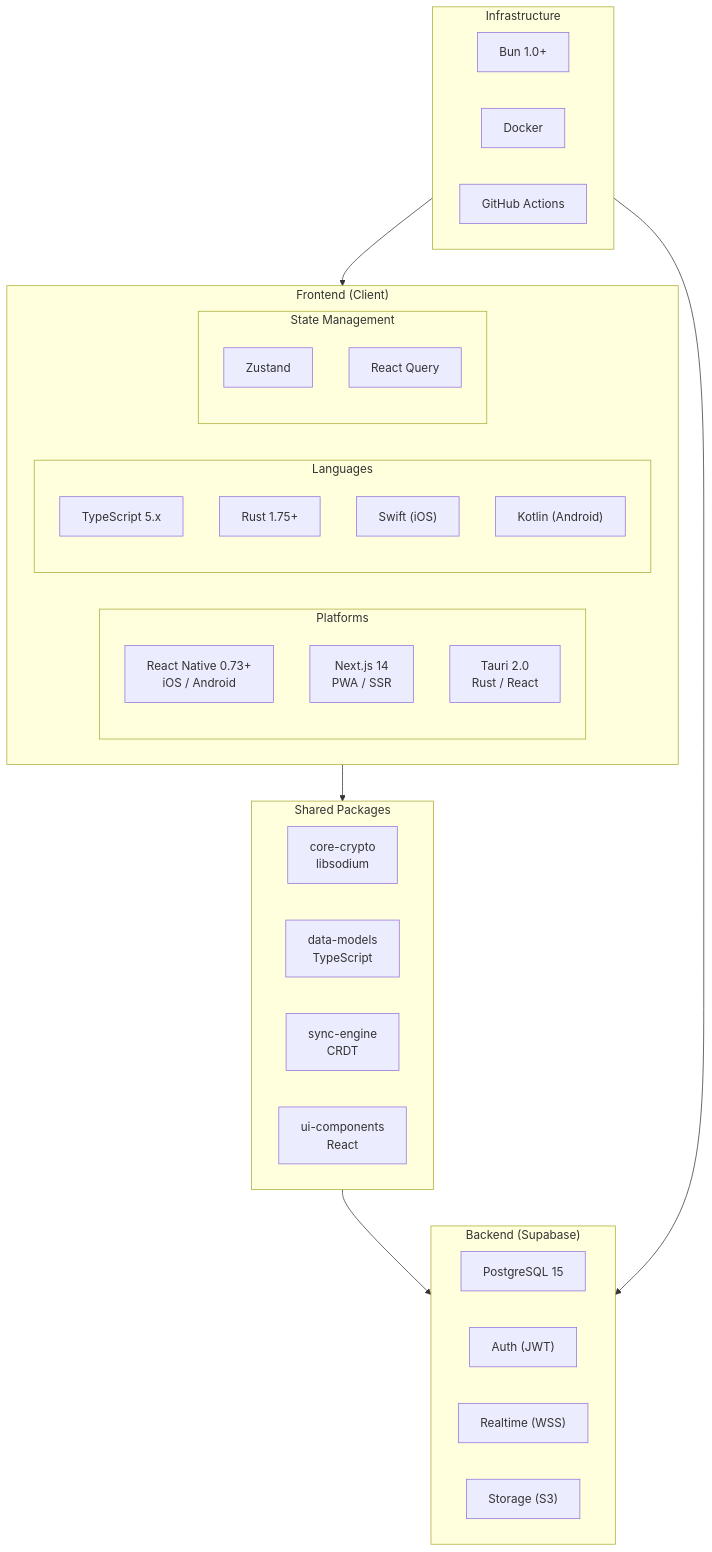
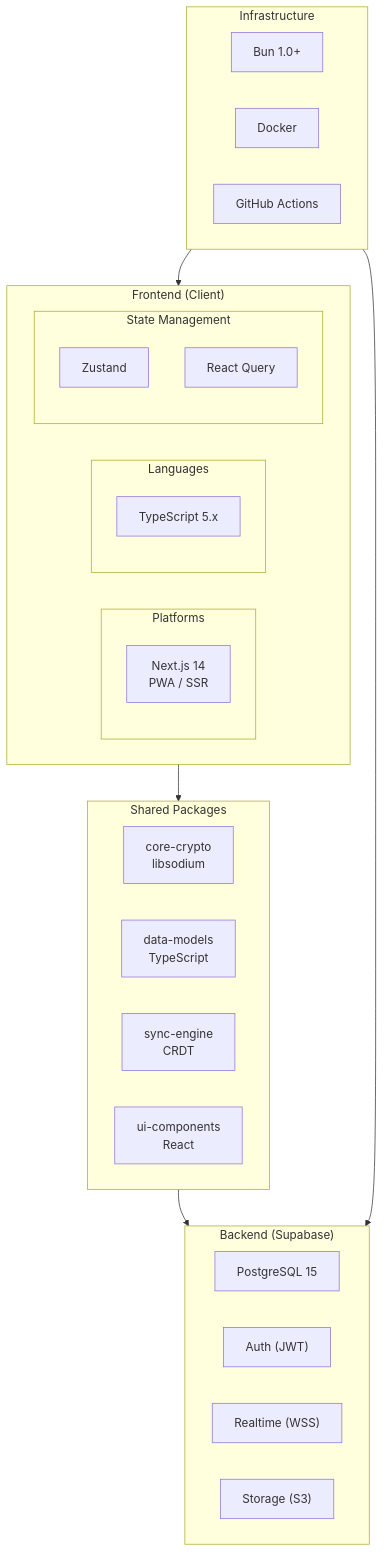
Diagram 11 of 13 in docs/architecture/notechain-architecture.md (Fchery87/NOTECHAIN), drawn with Mermaid before and after one commit. The commit also changed other lines of this file and 304 other files, not shown here.

````diff
--- a/docs/architecture/notechain-architecture.md
+++ b/docs/architecture/notechain-architecture.md
@@ -548,47 +506,42 @@
 ```mermaid
 flowchart TD
     subgraph Frontend["Frontend (Client)"]
         subgraph Platforms["Platforms"]
-            Mobile["React Native 0.73+\niOS / Android"]
             Web["Next.js 14\nPWA / SSR"]
-            Desktop["Tauri 2.0\nRust / React"]
         end
 
         subgraph Languages["Languages"]
             TypeScript["TypeScript 5.x"]
-            Rust["Rust 1.75+"]
-            Swift["Swift (iOS)"]
-            Kotlin["Kotlin (Android)"]
         end
 
         subgraph State["State Management"]
             Zustand["Zustand"]
             ReactQuery["React Query"]
         end
     end
 
     subgraph Shared["Shared Packages"]
         Crypto["core-crypto\nlibsodium"]
         Models["data-models\nTypeScript"]
         Sync["sync-engine\nCRDT"]
         UI["ui-components\nReact"]
     end
 
     subgraph Backend["Backend (Supabase)"]
         Database["PostgreSQL 15"]
         Auth["Auth (JWT)"]
         Realtime["Realtime (WSS)"]
         Storage["Storage (S3)"]
     end
 
     subgraph DevOps["Infrastructure"]
         Bun["Bun 1.0+"]
         Docker["Docker"]
         CI["GitHub Actions"]
     end
 
     Frontend --> Shared
     Shared --> Backend
     DevOps --> Frontend
     DevOps --> Backend
 ```
````
